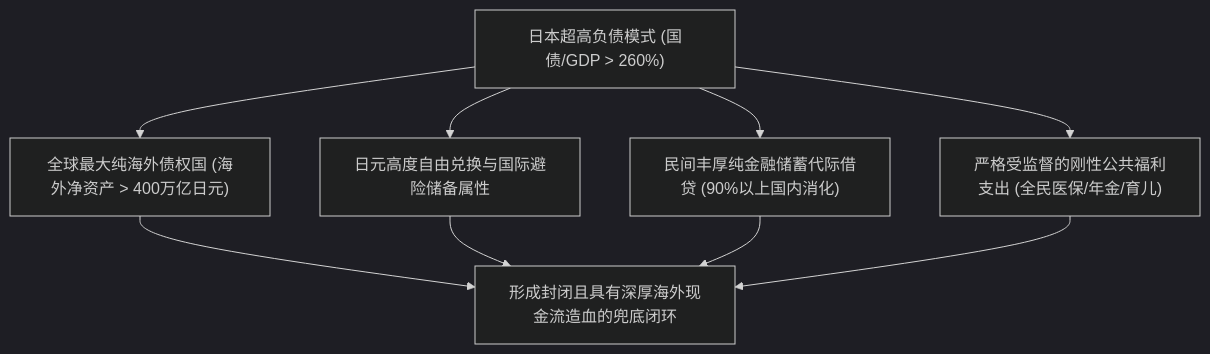
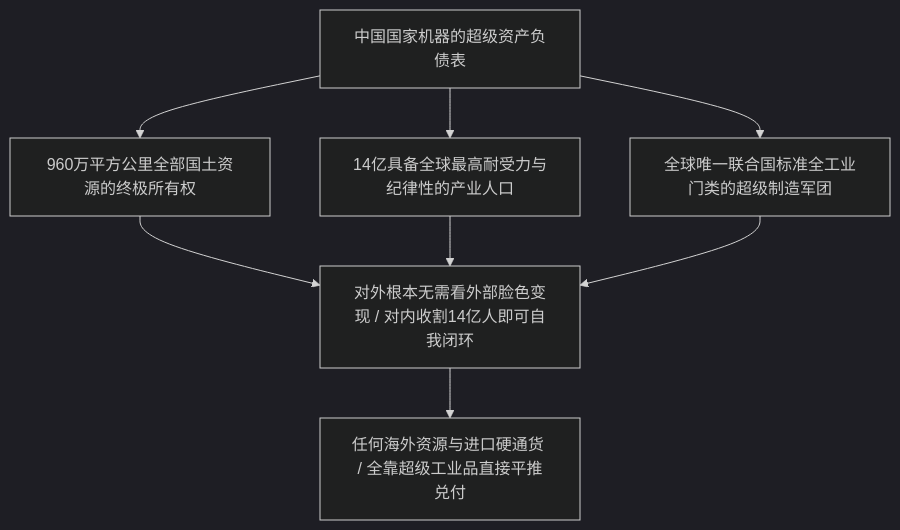
One commit to Terry-/glog changed the second of 2 diagrams in src/content/blog/The Physical Limits of MMT and Balance Sheet Recession 2026-10-25.md. Above: the diagram before and after it, drawn with Mermaid (dark theme). The commit also changed other lines of this file and 5 other files, not shown here.

````diff
--- a/src/content/blog/The Physical Limits of MMT and Balance Sheet Recession 2026-10-25.md
+++ b/src/content/blog/The Physical Limits of MMT and Balance Sheet Recession 2026-10-25.md
@@ -104,9 +75,9 @@
 ```mermaid
 graph TD
-    A["日本超高负债模式 (国债/GDP > 260%)"] --> B["全球最大纯海外债权国 (海外净资产 > 400万亿日元)"]
-    A --> C["日元高度自由兑换与国际避险储备属性"]
-    A --> D["民间丰厚纯金融储蓄代际借贷 (90%以上国内消化)"]
-    A --> E["严格受监督的刚性公共福利支出 (全民医保/年金/育儿)"]
+    A["中国国家机器的超级资产负债表"] --> B["960万平方公里全部国土资源的终极所有权"]
+    A --> C["14亿具备全球最高耐受力与纪律性的产业人口"]
+    A --> D["全球唯一联合国标准全工业门类的超级制造军团"]
 
-    B & C & D & E --> F["形成封闭且具有深厚海外现金流造血的兜底闭环"]
+    B & C & D --> E["对外根本无需看外部脸色变现 / 对内收割14亿人即可自我闭环"]
+    E --> F["任何海外资源与进口硬通货 / 全靠超级工业品直接平推兑付"]
 ```
````
